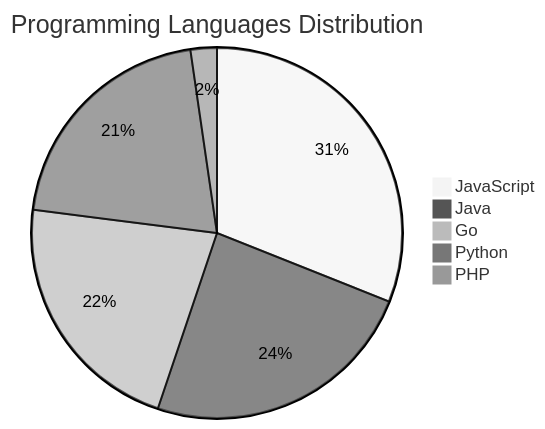
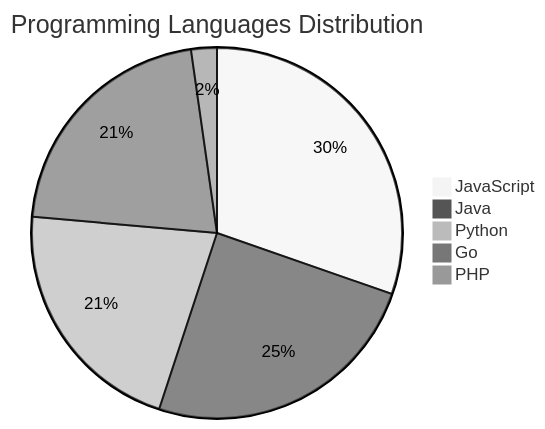
Before and after one commit to Derrick-MUGISHA/github-activity-bot: the diagram in README.md, drawn with Mermaid (neutral theme). The commit also changed other lines of this file and 3 other files, not shown here.

````diff
--- a/README.md
+++ b/README.md
@@ -71,8 +71,8 @@
 ```mermaid
 pie title Programming Languages Distribution
     "JavaScript" : 27
-    "Java" : 21
+    "Java" : 22
+    "Python" : 19
     "Go" : 19
-    "Python" : 18
     "PHP" : 2
 ```
````
